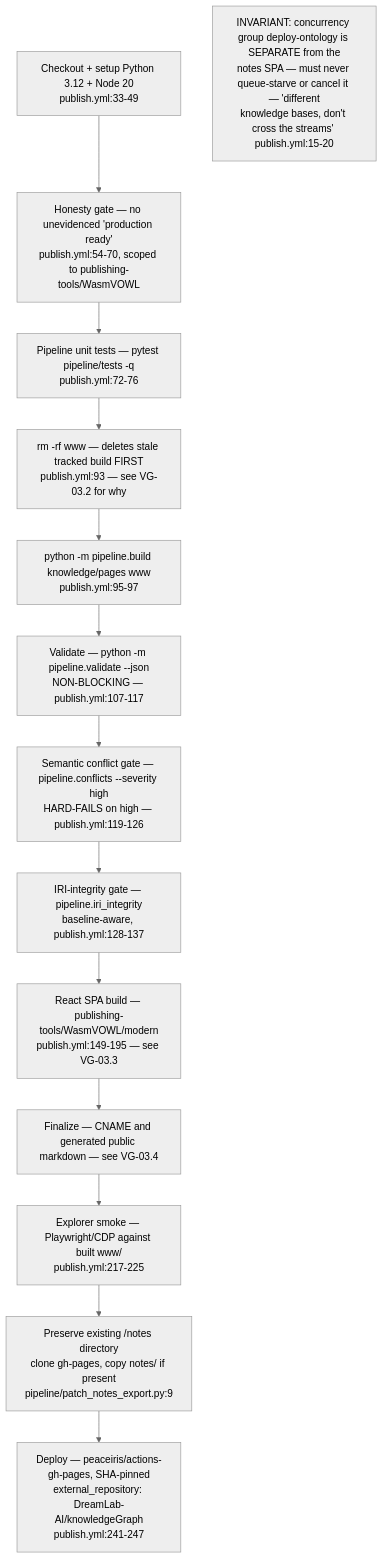
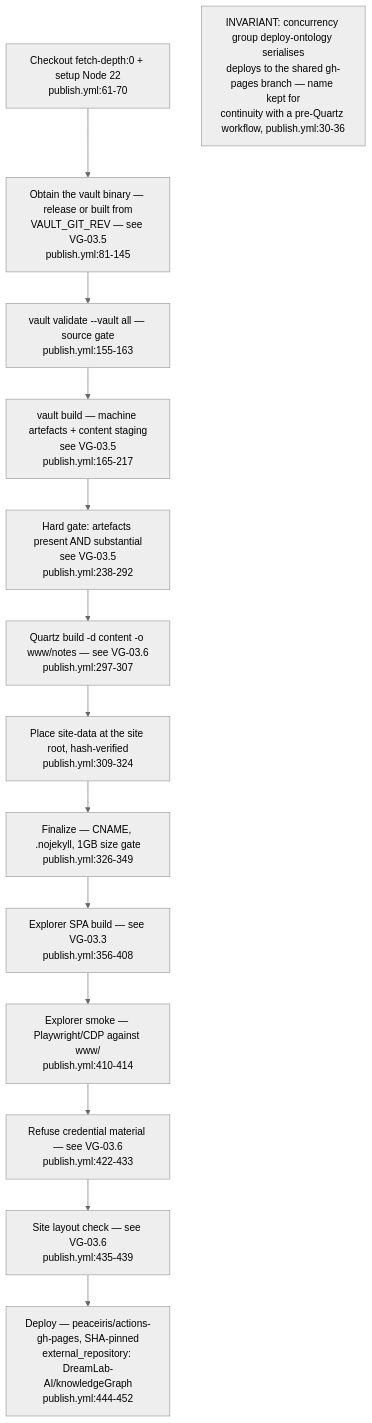
One commit to DreamLab-AI/VisionFlow changed the first of 4 diagrams in docs/diagrams/visiongraph/03-publish-pipeline-and-explorer-build.md. Above: the diagram before and after it, drawn with Mermaid (neutral theme). The commit also changed other lines of this file and 136 other files, not shown here.

First line of the commit message:
docs(diagrams): refresh the whole corpus to code HEAD and prune low-value diagrams

````diff
--- a/docs/diagrams/visiongraph/03-publish-pipeline-and-explorer-build.md
+++ b/docs/diagrams/visiongraph/03-publish-pipeline-and-explorer-build.md
@@ -19,18 +15,18 @@
 ```mermaid
 flowchart TD
-    CO["Checkout + setup Python 3.12 + Node 20<br/>publish.yml:33-49"]
-    HON["Honesty gate — no unevidenced 'production ready'<br/>publish.yml:54-70, scoped to publishing-tools/WasmVOWL"]
-    PYT["Pipeline unit tests — pytest pipeline/tests -q<br/>publish.yml:72-76"]
-    RM["rm -rf www — deletes stale tracked build FIRST<br/>publish.yml:93 — see VG-03.2 for why"]
-    BUILD["python -m pipeline.build knowledge/pages www<br/>publish.yml:95-97"]
-    VAL["Validate — python -m pipeline.validate --json<br/>NON-BLOCKING — publish.yml:107-117"]
-    CONF["Semantic conflict gate — pipeline.conflicts --severity high<br/>HARD-FAILS on high — publish.yml:119-126"]
-    IRI["IRI-integrity gate — pipeline.iri_integrity<br/>baseline-aware, publish.yml:128-137"]
-    SPA["React SPA build — publishing-tools/WasmVOWL/modern<br/>publish.yml:149-195 — see VG-03.3"]
-    FIN["Finalize — CNAME and generated public markdown — see VG-03.4"]
-    SMOKE["Explorer smoke — Playwright/CDP against built www/<br/>publish.yml:217-225"]
-    NOTES["Preserve existing /notes directory<br/>clone gh-pages, copy notes/ if present<br/>pipeline/patch_notes_export.py:9"]
-    DEPLOY["Deploy — peaceiris/actions-gh-pages, SHA-pinned<br/>external_repository: DreamLab-AI/knowledgeGraph<br/>publish.yml:241-247"]
-    CO --> HON --> PYT --> RM --> BUILD --> VAL --> CONF --> IRI --> SPA --> FIN --> SMOKE --> NOTES --> DEPLOY
-    note1["INVARIANT: concurrency group deploy-ontology is SEPARATE from the<br/>notes SPA — must never queue-starve or cancel it — 'different<br/>knowledge bases, don#39;t cross the streams' publish.yml:15-20"]
+    CO["Checkout fetch-depth:0 + setup Node 22<br/>publish.yml:61-70"]
+    VAULTBIN["Obtain the vault binary — release or built from<br/>VAULT_GIT_REV — see VG-03.5<br/>publish.yml:81-145"]
+    VALIDATE["vault validate --vault all — source gate<br/>publish.yml:155-163"]
+    BUILD["vault build — machine artefacts + content staging<br/>see VG-03.5<br/>publish.yml:165-217"]
+    GATE["Hard gate: artefacts present AND substantial<br/>see VG-03.5<br/>publish.yml:238-292"]
+    QUARTZ["Quartz build -d content -o www/notes — see VG-03.6<br/>publish.yml:297-307"]
+    PLACE["Place site-data at the site root, hash-verified<br/>publish.yml:309-324"]
+    FIN["Finalize — CNAME, .nojekyll, 1GB size gate<br/>publish.yml:326-349"]
+    SPA["Explorer SPA build — see VG-03.3<br/>publish.yml:356-408"]
+    SMOKE["Explorer smoke — Playwright/CDP against www/<br/>publish.yml:410-414"]
+    SEC["Refuse credential material — see VG-03.6<br/>publish.yml:422-433"]
+    URLCHK["Site layout check — see VG-03.6<br/>publish.yml:435-439"]
+    DEPLOY["Deploy — peaceiris/actions-gh-pages, SHA-pinned<br/>external_repository: DreamLab-AI/knowledgeGraph<br/>publish.yml:444-452"]
+    CO --> VAULTBIN --> VALIDATE --> BUILD --> GATE --> QUARTZ --> PLACE --> FIN --> SPA --> SMOKE --> SEC --> URLCHK --> DEPLOY
+    note1["INVARIANT: concurrency group deploy-ontology serialises<br/>deploys to the shared gh-pages branch — name kept for<br/>continuity with a pre-Quartz workflow, publish.yml:30-36"]
 ```
````
